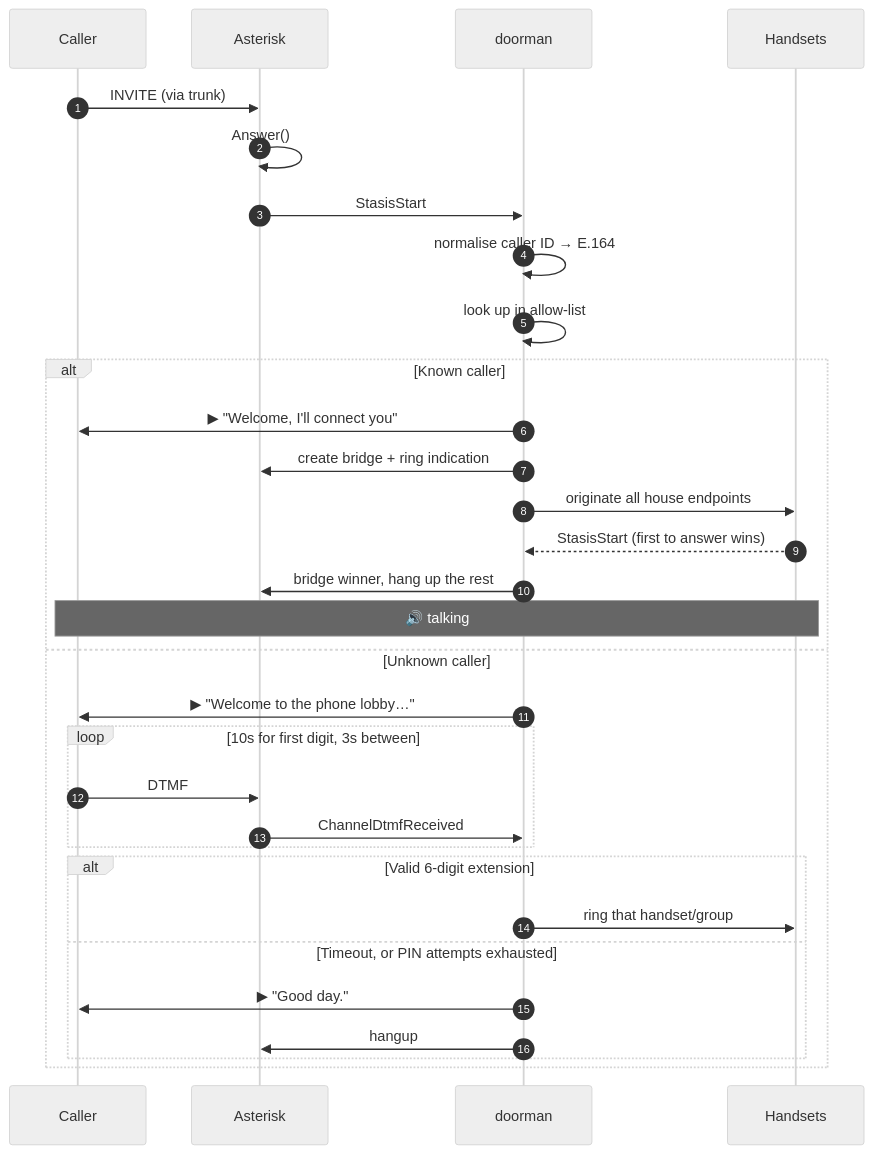
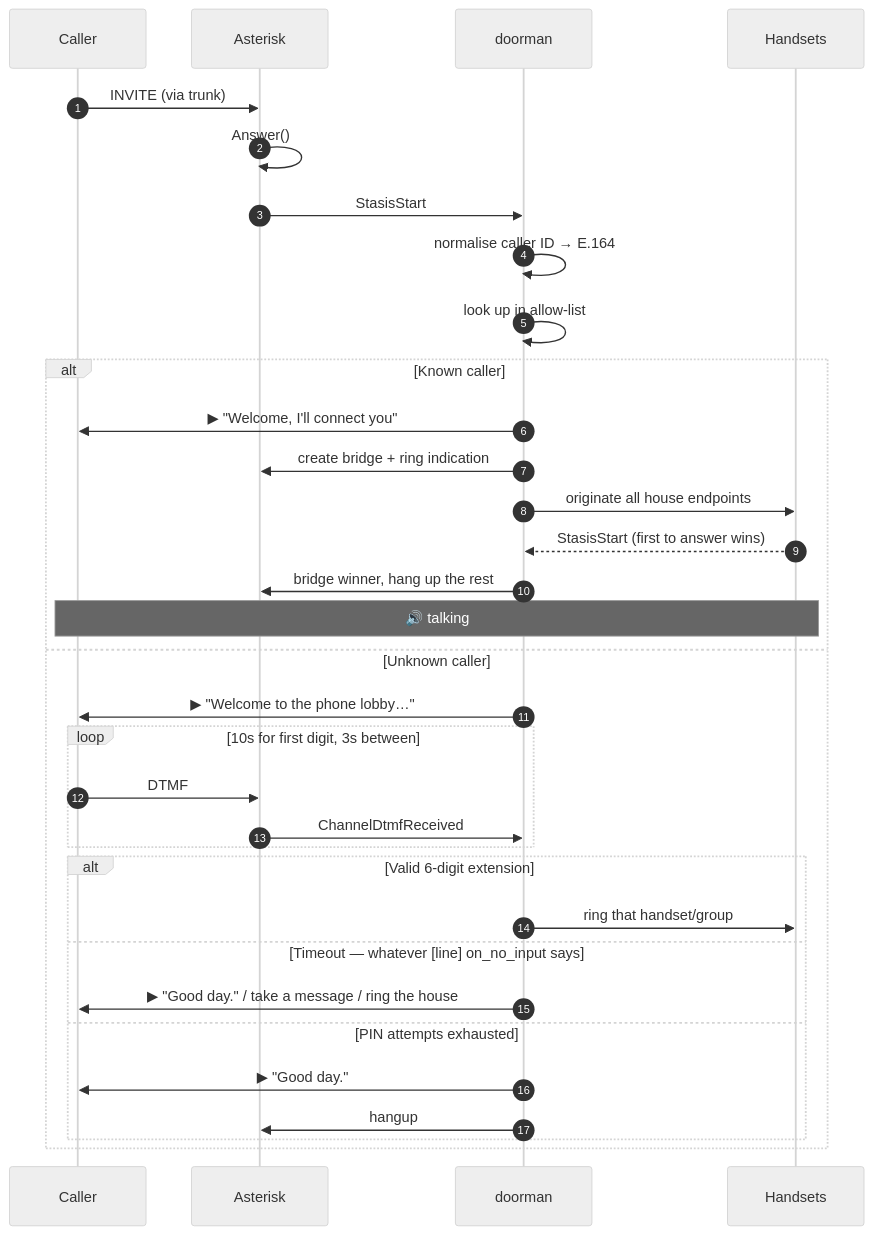
One commit to ericdmoore/call-me-maybe changed the second of 3 diagrams in README.md. Above: the diagram before and after it, drawn with Mermaid (neutral theme). The commit also changed other lines of this file and 22 other files, not shown here.

````diff
--- a/README.md
+++ b/README.md
@@ -88,36 +88,38 @@
 ```mermaid
 sequenceDiagram
     autonumber
     participant C as Caller
     participant A as Asterisk
     participant D as doorman
     participant H as Handsets
 
     C->>A: INVITE (via trunk)
     A->>A: Answer()
     A->>D: StasisStart
 
     D->>D: normalise caller ID → E.164
     D->>D: look up in allow-list
 
     alt Known caller
         D->>C: ▶ "Welcome, I'll connect you"
         D->>A: create bridge + ring indication
         D->>H: originate all house endpoints
         H-->>D: StasisStart (first to answer wins)
         D->>A: bridge winner, hang up the rest
         Note over C,H: 🔊 talking
     else Unknown caller
         D->>C: ▶ "Welcome to the phone lobby…"
         loop 10s for first digit, 3s between
             C->>A: DTMF
             A->>D: ChannelDtmfReceived
         end
         alt Valid 6-digit extension
             D->>H: ring that handset/group
-        else Timeout, or PIN attempts exhausted
+        else Timeout — whatever [line] on_no_input says
+            D->>C: ▶ "Good day." / take a message / ring the house
+        else PIN attempts exhausted
             D->>C: ▶ "Good day."
             D->>A: hangup
         end
     end
 ```
````
